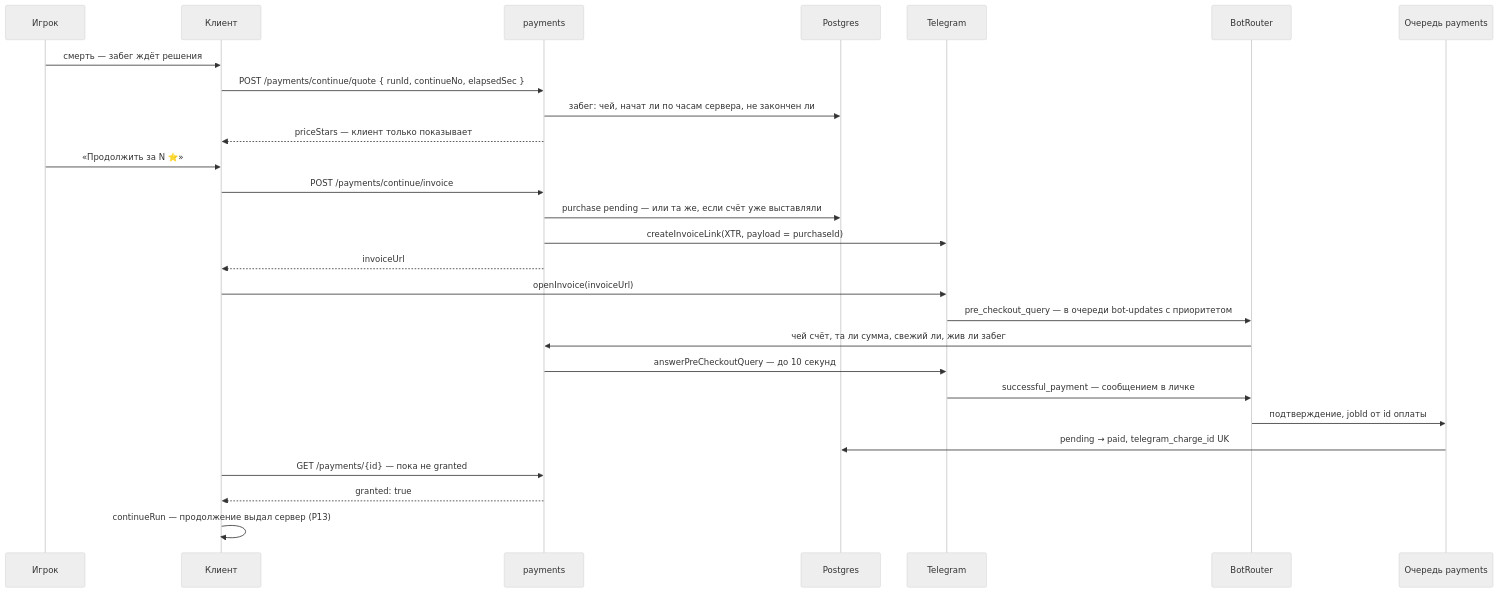
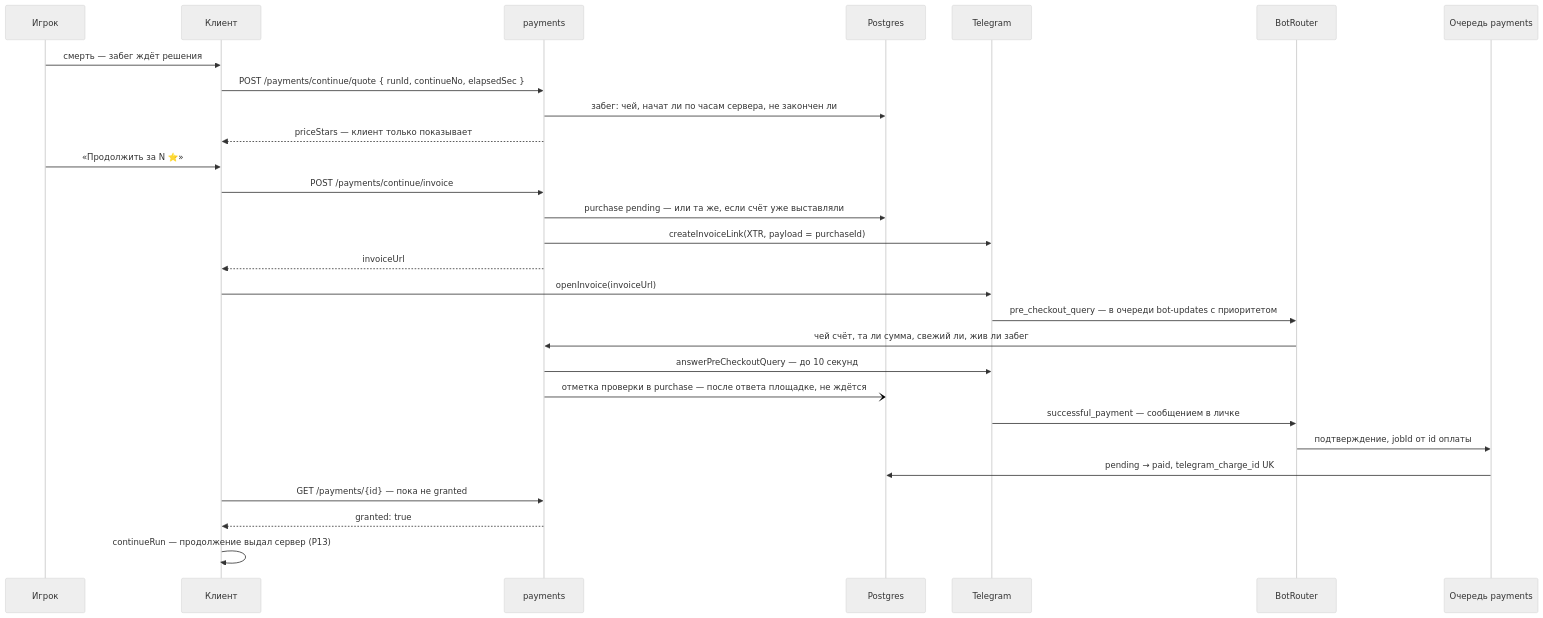
One commit to JJSGxKD/rubezh changed diagram 27 of 58 in docs/21-diagrams.md. Above: the diagram before and after it, drawn with Mermaid (neutral theme). The commit also changed other lines of this file and 2 other files, not shown here.

First line of the commit message:
docs(payments): Отметка проверки оплаты в схемах и картах

````diff
--- a/docs/21-diagrams.md
+++ b/docs/21-diagrams.md
@@ -3492,30 +3494,31 @@
 ```mermaid
 sequenceDiagram
     participant U as Игрок
     participant C as Клиент
     participant P as payments
     participant DB as Postgres
     participant TG as Telegram
     participant B as BotRouter
     participant Q as Очередь payments
 
     U->>C: смерть — забег ждёт решения
     C->>P: POST /payments/continue/quote { runId, continueNo, elapsedSec }
     P->>DB: забег: чей, начат ли по часам сервера, не закончен ли
     P-->>C: priceStars — клиент только показывает
     U->>C: «Продолжить за N ⭐»
     C->>P: POST /payments/continue/invoice
     P->>DB: purchase pending — или та же, если счёт уже выставляли
     P->>TG: createInvoiceLink(XTR, payload = purchaseId)
     P-->>C: invoiceUrl
     C->>TG: openInvoice(invoiceUrl)
     TG->>B: pre_checkout_query — в очереди bot-updates с приоритетом
     B->>P: чей счёт, та ли сумма, свежий ли, жив ли забег
     P->>TG: answerPreCheckoutQuery — до 10 секунд
+    P-)DB: отметка проверки в purchase — после ответа площадке, не ждётся
     TG->>B: successful_payment — сообщением в личке
     B->>Q: подтверждение, jobId от id оплаты
     Q->>DB: pending → paid, telegram_charge_id UK
     C->>P: GET /payments/{id} — пока не granted
     P-->>C: granted: true
     C->>C: continueRun — продолжение выдал сервер (Р13)
 ```
````
